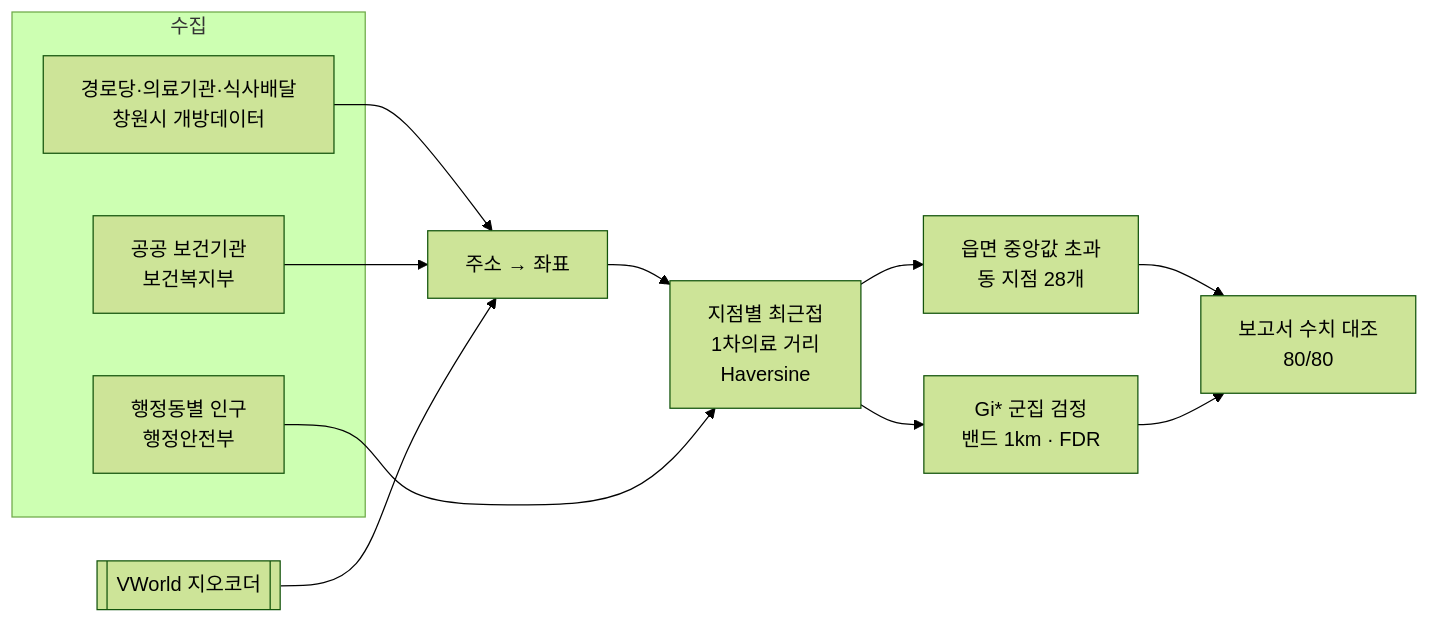
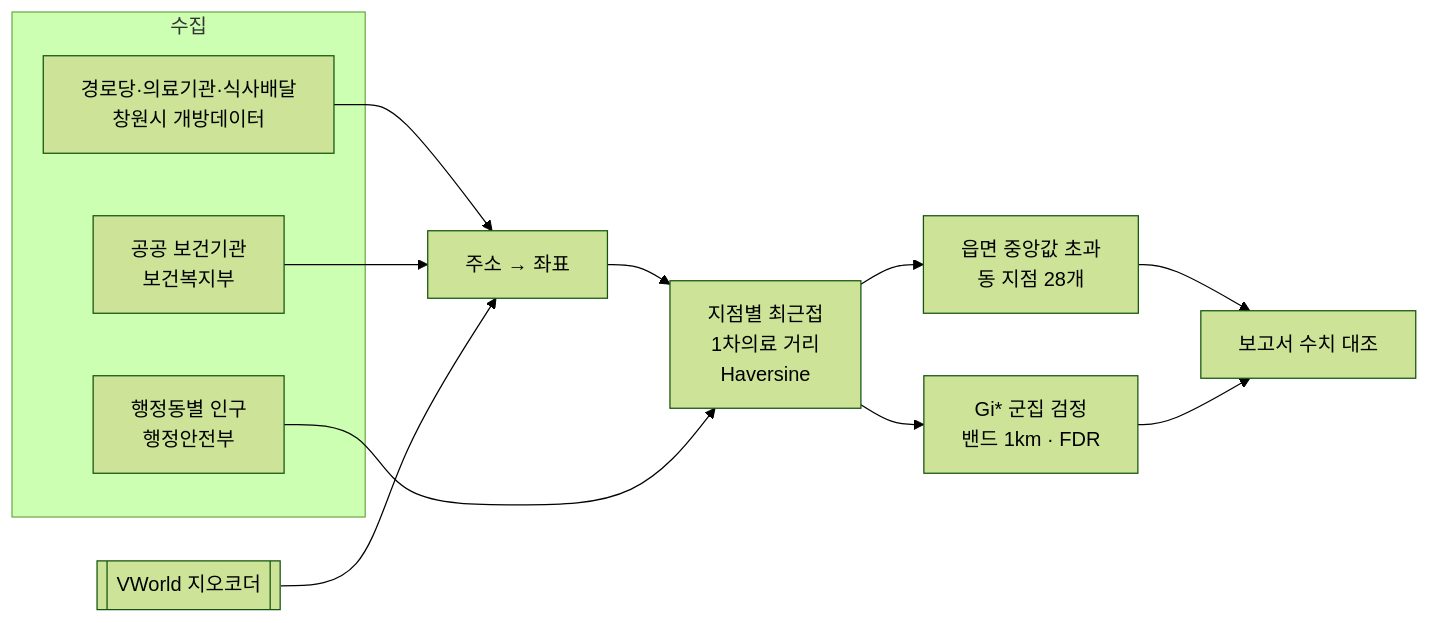
One commit to KimHands/changwon-senior-care-access changed the diagram in README.md. Above: the diagram before and after it, drawn with Mermaid (forest theme). The commit also changed other lines of this file and 1 other file, not shown here.

````diff
--- a/README.md
+++ b/README.md
@@ -99,24 +100,24 @@
 ```mermaid
 flowchart LR
     subgraph Collect["수집"]
         A[경로당·의료기관·식사배달<br/>창원시 개방데이터]
         B[공공 보건기관<br/>보건복지부]
         C[행정동별 인구<br/>행정안전부]
     end
     G[[VWorld 지오코더]]
     D[주소 → 좌표]
     E[지점별 최근접<br/>1차의료 거리<br/>Haversine]
     F[읍면 중앙값 초과<br/>동 지점 28개]
     H[Gi* 군집 검정<br/>밴드 1km · FDR]
-    I[보고서 수치 대조<br/>80/80]
+    I[보고서 수치 대조]
 
     A --> D
     B --> D
     G --> D
     D --> E
     C --> E
     E --> F
     E --> H
     F --> I
     H --> I
 ```
````
